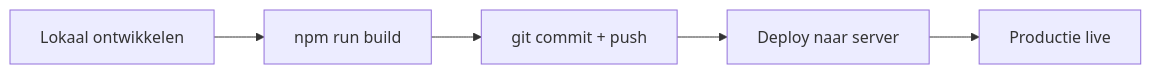
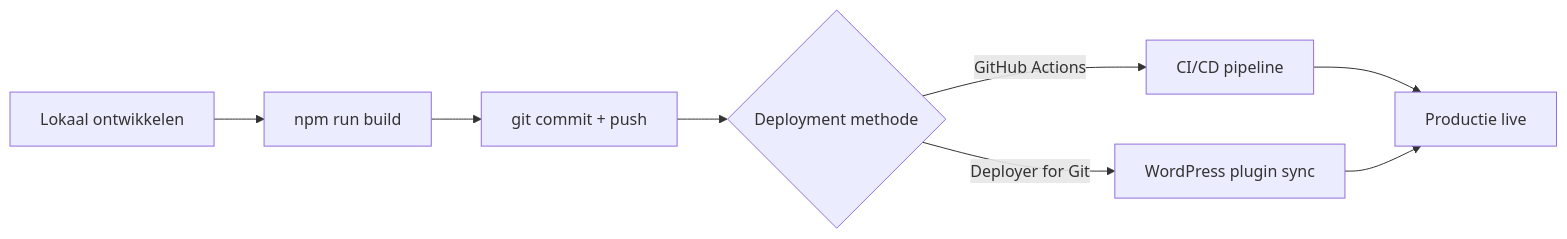
Before and after one commit to kayjilesen/documentationai-Docs: the diagram in devops/deployment.mdx, drawn with Mermaid. The commit also changed other lines of this file and 3 other files, not shown here.

Commit message:
docs: verwijder projectspecifieke content en update deployment naar GitHub Actions / Deployer for Git

````diff
--- a/devops/deployment.mdx
+++ b/devops/deployment.mdx
@@ -14,7 +14,10 @@
 ```mermaid
 graph LR
     A["Lokaal ontwikkelen"] --> B["npm run build"]
     B --> C["git commit + push"]
-    C --> D["Deploy naar server"]
-    D --> E["Productie live"]
+    C --> D{"Deployment methode"}
+    D -->|"GitHub Actions"| E["CI/CD pipeline"]
+    D -->|"Deployer for Git"| F["WordPress plugin sync"]
+    E --> G["Productie live"]
+    F --> G
 ```
````
